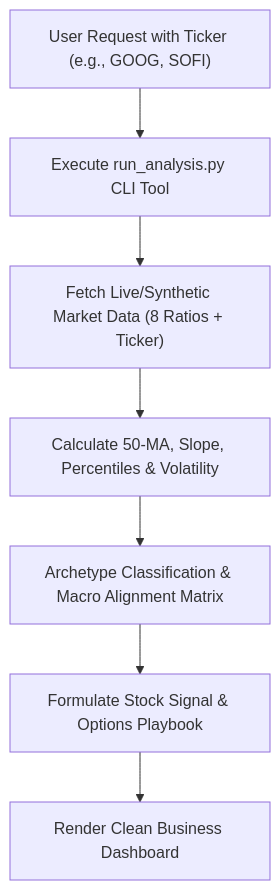
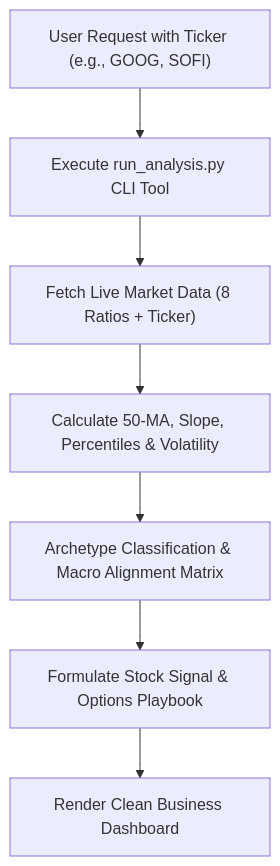
Before and after one commit to terravic/macro-flow-stock-navigator-skill: the diagram in SKILL.md, drawn with Mermaid. The commit also changed other lines of this file and 18 other files, not shown here.

````diff
--- a/SKILL.md
+++ b/SKILL.md
@@ -34,9 +34,9 @@
 ```mermaid
 graph TD
     A["User Request with Ticker (e.g., GOOG, SOFI)"] --> B["Execute run_analysis.py CLI Tool"]
-    B --> C["Fetch Live/Synthetic Market Data (8 Ratios + Ticker)"]
+    B --> C["Fetch Live Market Data (8 Ratios + Ticker)"]
     C --> D["Calculate 50-MA, Slope, Percentiles & Volatility"]
     D --> E["Archetype Classification & Macro Alignment Matrix"]
     E --> F["Formulate Stock Signal & Options Playbook"]
     F --> G["Render Clean Business Dashboard"]
 ```
````
